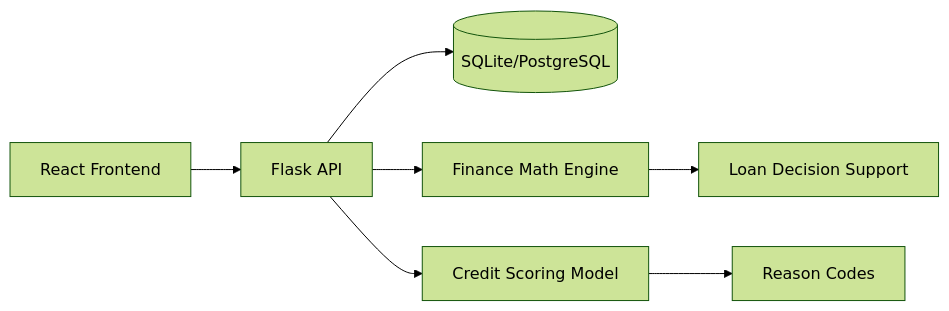
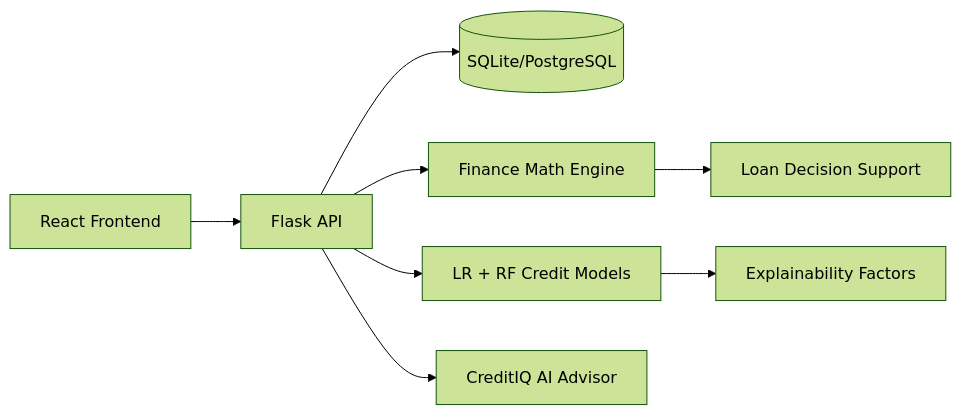
Before and after one commit to nayana3333/CreditIQ: the diagram in README.md, drawn with Mermaid (forest theme). The commit also changed other lines of this file and 87 other files, not shown here.

````diff
--- a/README.md
+++ b/README.md
@@ -82,9 +151,10 @@
 ```mermaid
 flowchart LR
   UI[React Frontend] --> API[Flask API]
   API --> DB[(SQLite/PostgreSQL)]
   API --> Finance[Finance Math Engine]
-  API --> ML[Credit Scoring Model]
+  API --> ML[LR + RF Credit Models]
+  API --> Advisor[CreditIQ AI Advisor]
   Finance --> Decision[Loan Decision Support]
-  ML --> Explain[Reason Codes]
+  ML --> Explain[Explainability Factors]
 ```
````
